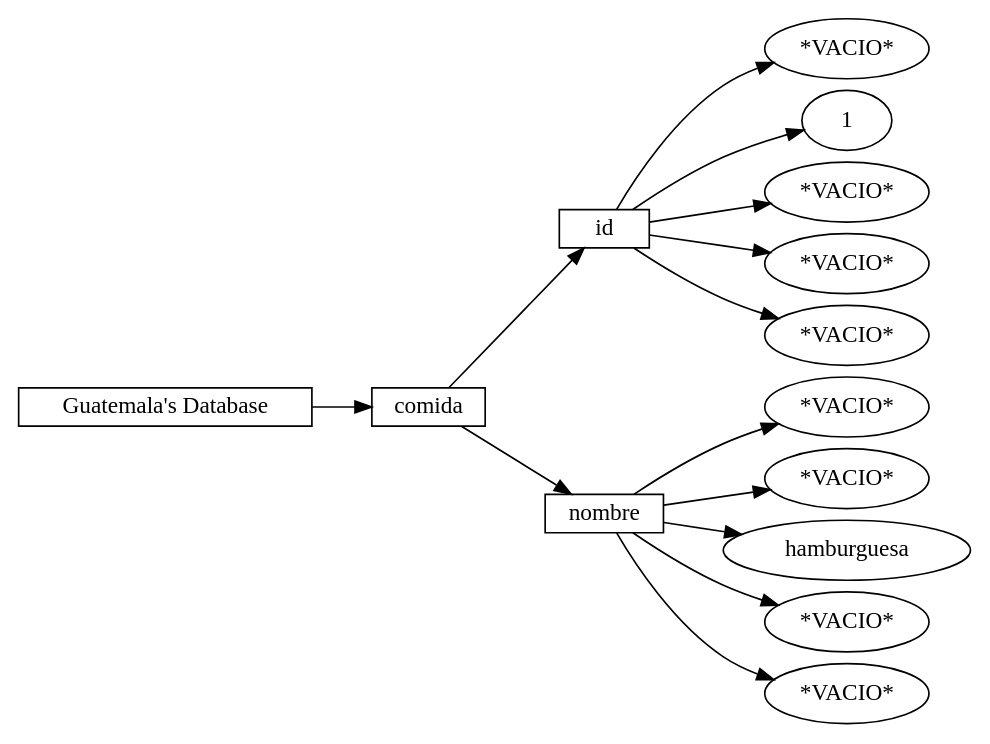
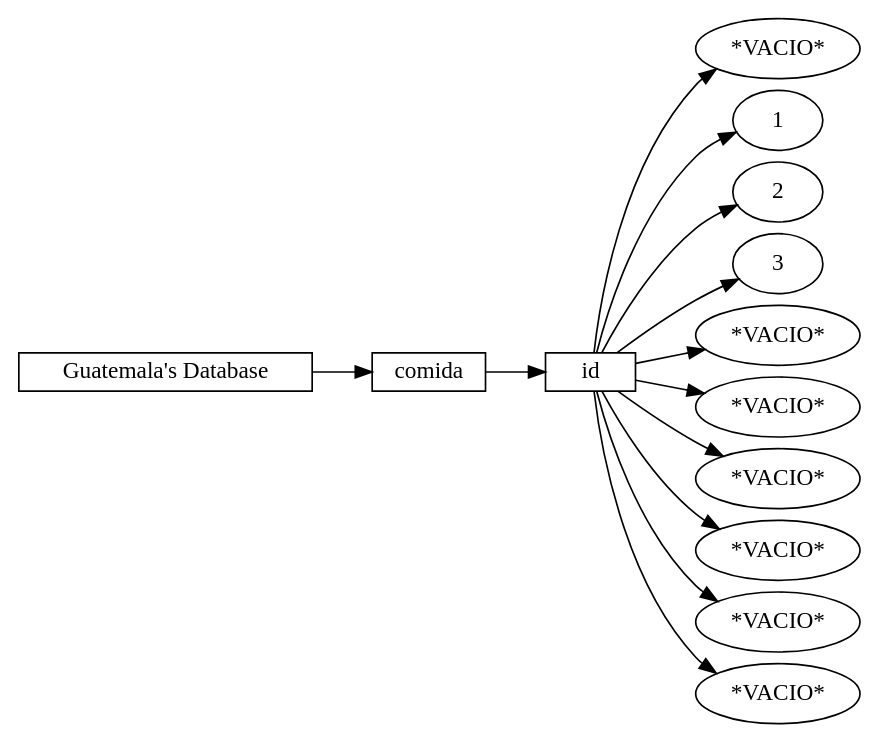
One commit to Fxhnd13/EstructuraDeDatos_Proyecto_2 changed the diagram in Docs/Grafico.dot. Above: the diagram before and after it, drawn with Graphviz. The commit also changed 4 other files, not shown here.

```diff
--- a/Docs/Grafico.dot
+++ b/Docs/Grafico.dot
@@ -1,31 +1,29 @@
 digraph G {
      nodesep=.1;
      rankdir=LR;
      node0 [label="Guatemala's Database", shape=record, height=.1];
      node0 -> node1;
      node1 [label="comida", shape=record, height=.1];
      node1 -> node2;
      node2 [label="id", shape=record, height=.1];
      node2 -> node3;
      node3 [label="*VACIO*"];
      node2 -> node4;
      node4 [label="1"];
      node2 -> node5;
-     node5 [label="*VACIO*"];
+     node5 [label="2"];
      node2 -> node6;
-     node6 [label="*VACIO*"];
+     node6 [label="3"];
      node2 -> node7;
      node7 [label="*VACIO*"];
-     node1 -> node8;
-     node8 [label="nombre", shape=record, height=.1];
-     node8 -> node9;
+     node2 -> node8;
+     node8 [label="*VACIO*"];
+     node2 -> node9;
      node9 [label="*VACIO*"];
-     node8 -> node10;
+     node2 -> node10;
      node10 [label="*VACIO*"];
-     node8 -> node11;
-     node11 [label="hamburguesa"];
-     node8 -> node12;
+     node2 -> node11;
+     node11 [label="*VACIO*"];
+     node2 -> node12;
      node12 [label="*VACIO*"];
-     node8 -> node13;
-     node13 [label="*VACIO*"];
 }
```
